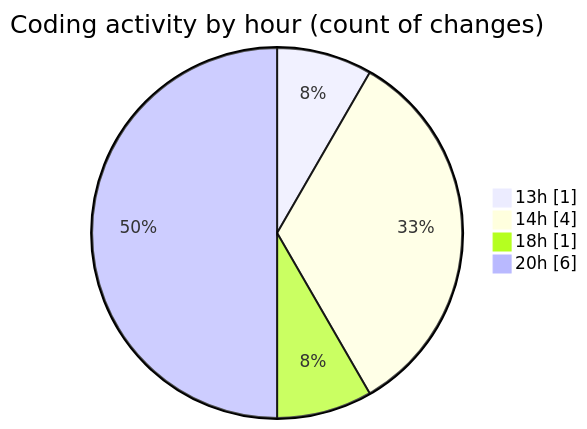
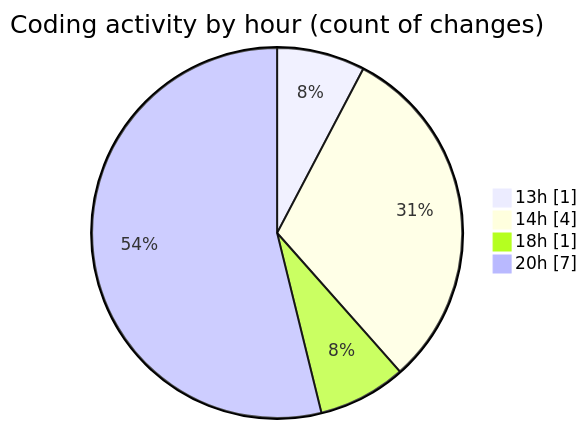
The second of 2 diagrams in 2025-02-20/uber_clone/README.md (donsfak/code-tracking), drawn with Mermaid before and after one commit. The commit also changed other lines of this file and 1 other file, not shown here.

````diff
--- a/2025-02-20/uber_clone/README.md
+++ b/2025-02-20/uber_clone/README.md
@@ -34,8 +34,8 @@
 ```mermaid
 pie showData
 title Coding activity by hour (count of changes)
 "13h" : 1
 "14h" : 4
 "18h" : 1
-"20h" : 6
+"20h" : 7
 ```
````
